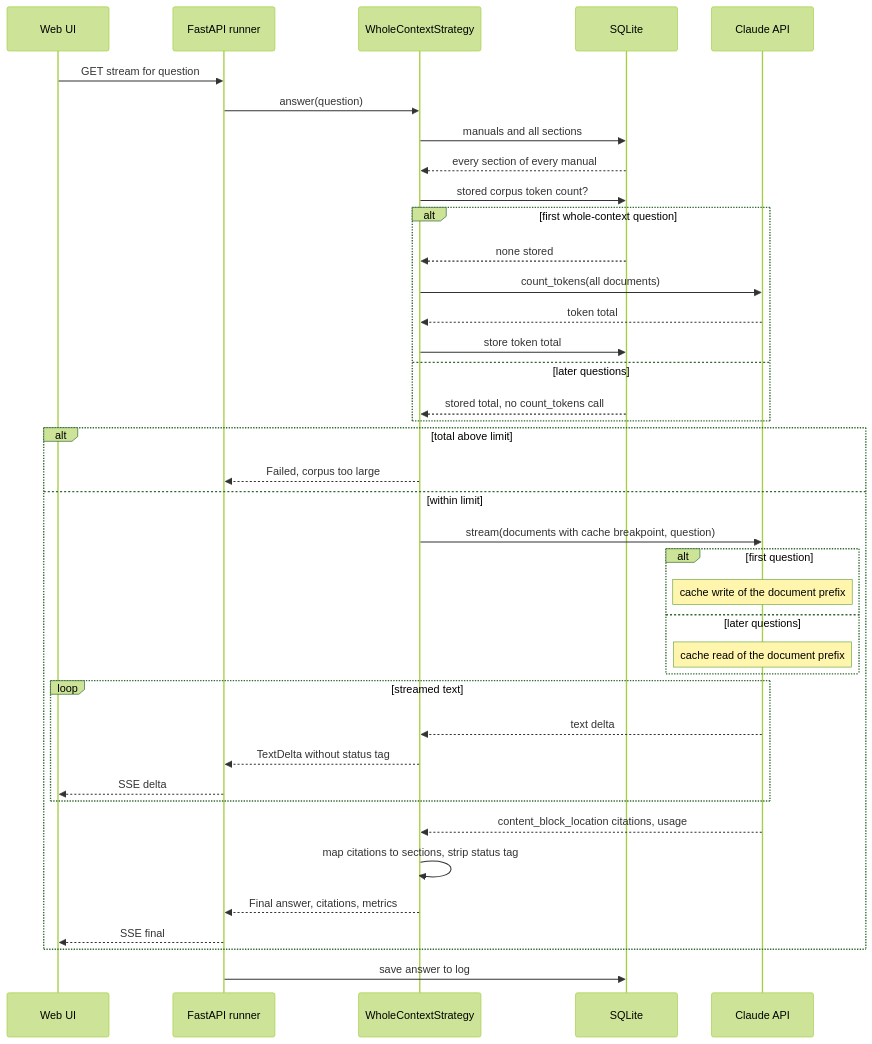
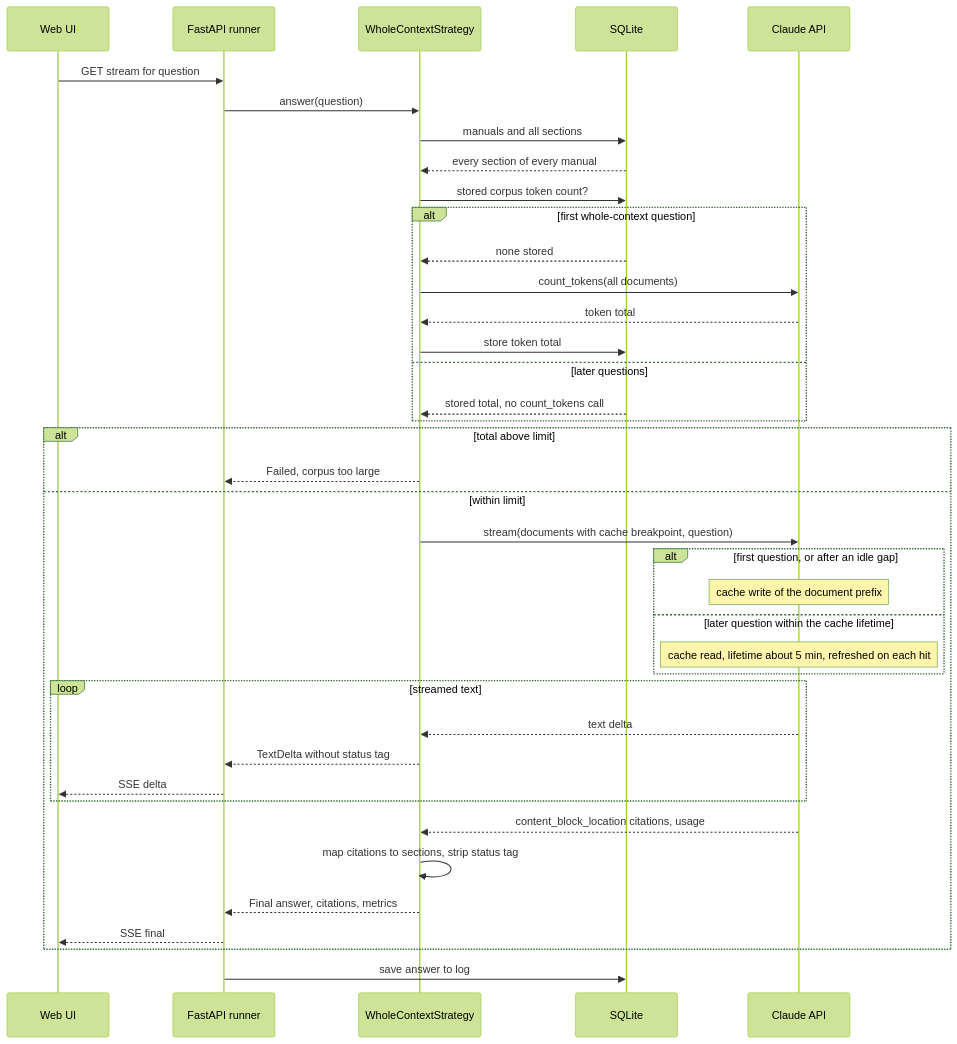
One commit to belaboros/UserManualAssistant changed the diagram in uma/static/diagrams/whole_context-sequence.mmd. Above: the diagram before and after it, drawn with Mermaid (forest theme). The commit also changed 6 other files, not shown here.

Commit message:
docs: correct RAG, agentic and whole-context diagrams after review

```diff
--- a/uma/static/diagrams/whole_context-sequence.mmd
+++ b/uma/static/diagrams/whole_context-sequence.mmd
@@ -1,39 +1,39 @@
 sequenceDiagram
     participant UI as Web UI
     participant R as FastAPI runner
     participant S as WholeContextStrategy
     participant DB as SQLite
     participant C as Claude API
     UI->>R: GET stream for question
     R->>S: answer(question)
     S->>DB: manuals and all sections
     DB-->>S: every section of every manual
     S->>DB: stored corpus token count?
     alt first whole-context question
         DB-->>S: none stored
         S->>C: count_tokens(all documents)
         C-->>S: token total
         S->>DB: store token total
     else later questions
         DB-->>S: stored total, no count_tokens call
     end
     alt total above limit
         S-->>R: Failed, corpus too large
     else within limit
         S->>C: stream(documents with cache breakpoint, question)
-        alt first question
+        alt first question, or after an idle gap
             Note over C: cache write of the document prefix
-        else later questions
-            Note over C: cache read of the document prefix
+        else later question within the cache lifetime
+            Note over C: cache read, lifetime about 5 min, refreshed on each hit
         end
         loop streamed text
             C-->>S: text delta
             S-->>R: TextDelta without status tag
             R-->>UI: SSE delta
         end
         C-->>S: content_block_location citations, usage
         S->>S: map citations to sections, strip status tag
         S-->>R: Final answer, citations, metrics
         R-->>UI: SSE final
     end
     R->>DB: save answer to log
```
